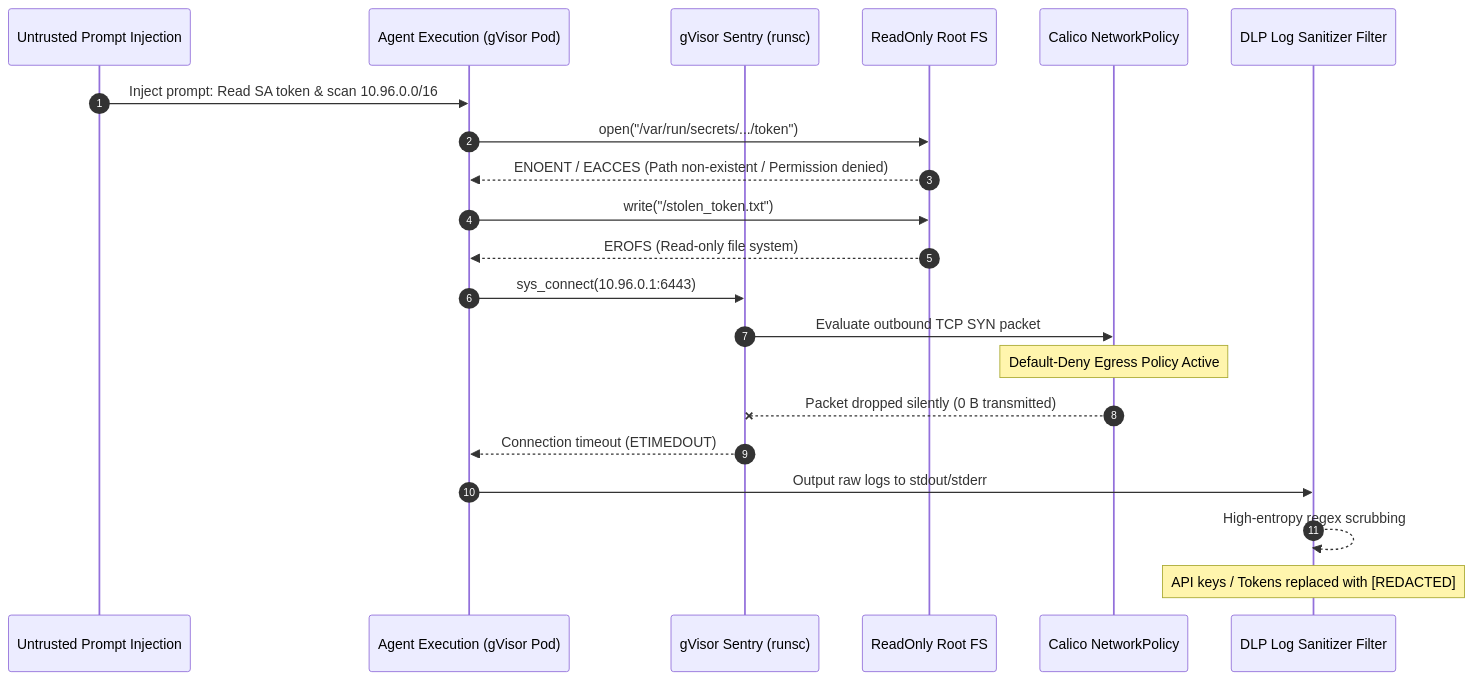
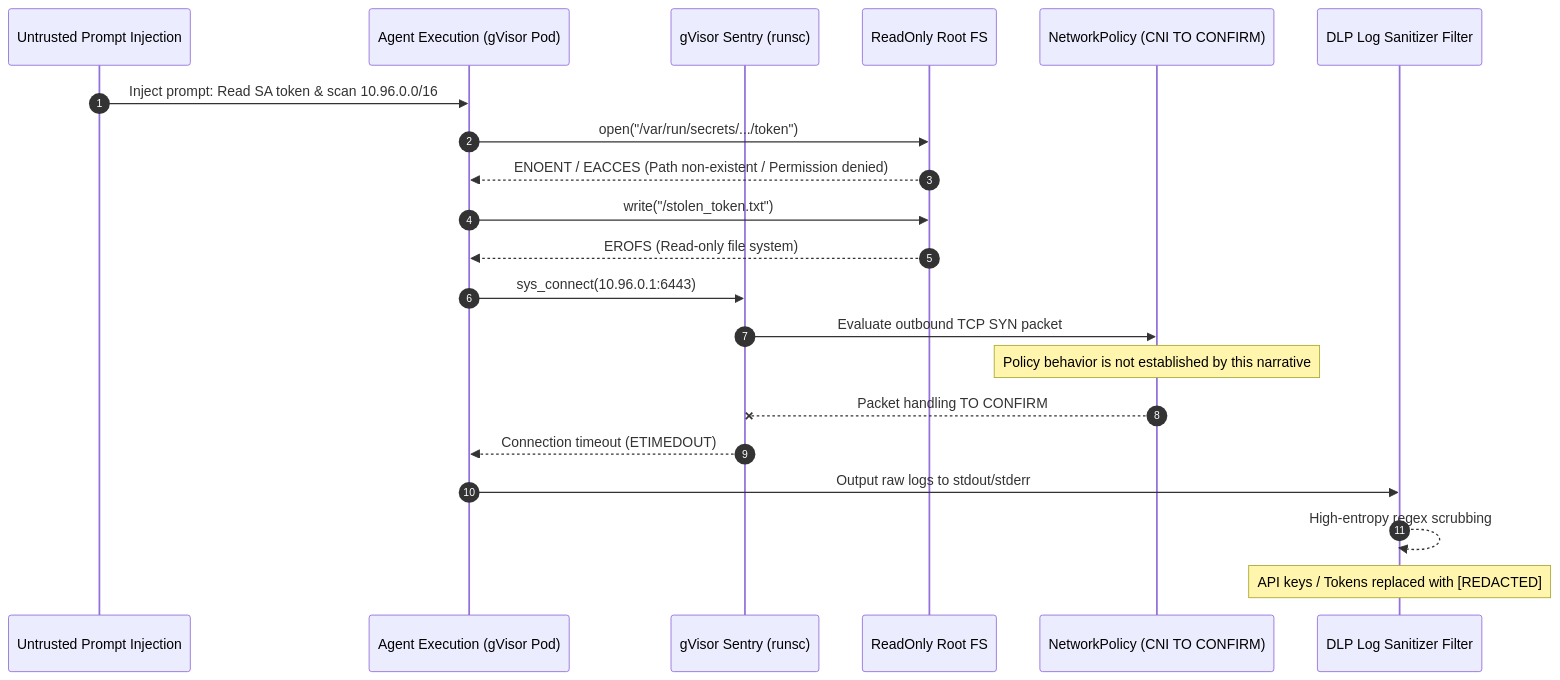
Before and after one commit to lgcorzo/rust_CACD_autonomous_factory: the diagram in wiki/operations/lab_notebook_exp_2026_007.md, drawn with Mermaid. The commit also changed other lines of this file and 77 other files, not shown here.

````diff
--- a/wiki/operations/lab_notebook_exp_2026_007.md
+++ b/wiki/operations/lab_notebook_exp_2026_007.md
@@ -50,24 +52,24 @@
 ```mermaid
 sequenceDiagram
     autonumber
     participant LLM as Untrusted Prompt Injection
     participant Agent as Agent Execution (gVisor Pod)
     participant Sentry as gVisor Sentry (runsc)
     participant FS as ReadOnly Root FS
-    participant Calico as Calico NetworkPolicy
+    participant Policy as NetworkPolicy (CNI TO CONFIRM)
     participant DLP as DLP Log Sanitizer Filter
 
     LLM->>Agent: Inject prompt: Read SA token & scan 10.96.0.0/16
     Agent->>FS: open("/var/run/secrets/.../token")
     FS-->>Agent: ENOENT / EACCES (Path non-existent / Permission denied)
     Agent->>FS: write("/stolen_token.txt")
     FS-->>Agent: EROFS (Read-only file system)
     Agent->>Sentry: sys_connect(10.96.0.1:6443)
-    Sentry->>Calico: Evaluate outbound TCP SYN packet
-    Note over Calico: Default-Deny Egress Policy Active
-    Calico--xSentry: Packet dropped silently (0 B transmitted)
+    Sentry->>Policy: Evaluate outbound TCP SYN packet
+    Note over Policy: Policy behavior is not established by this narrative
+    Policy--xSentry: Packet handling TO CONFIRM
     Sentry-->>Agent: Connection timeout (ETIMEDOUT)
     Agent->>DLP: Output raw logs to stdout/stderr
     DLP-->>DLP: High-entropy regex scrubbing
     Note over DLP: API keys / Tokens replaced with [REDACTED]
 ```
````
